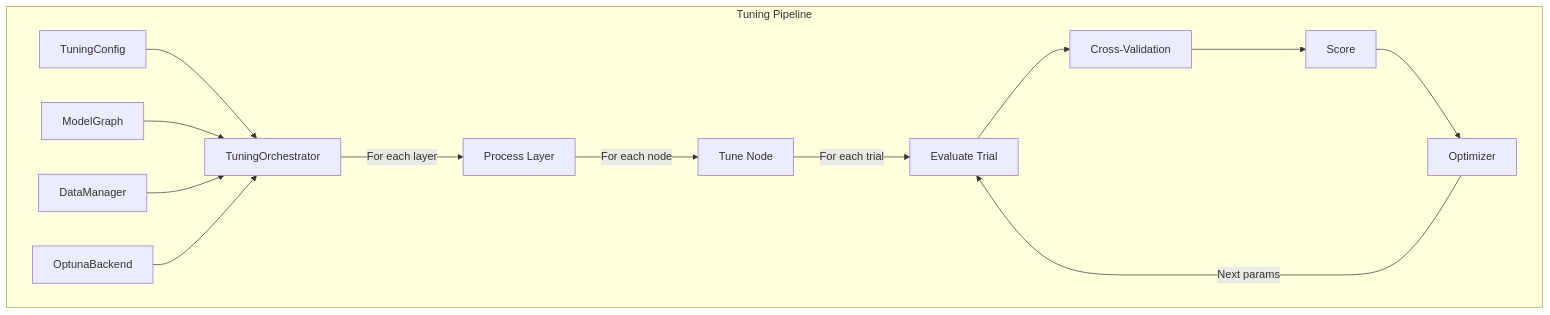
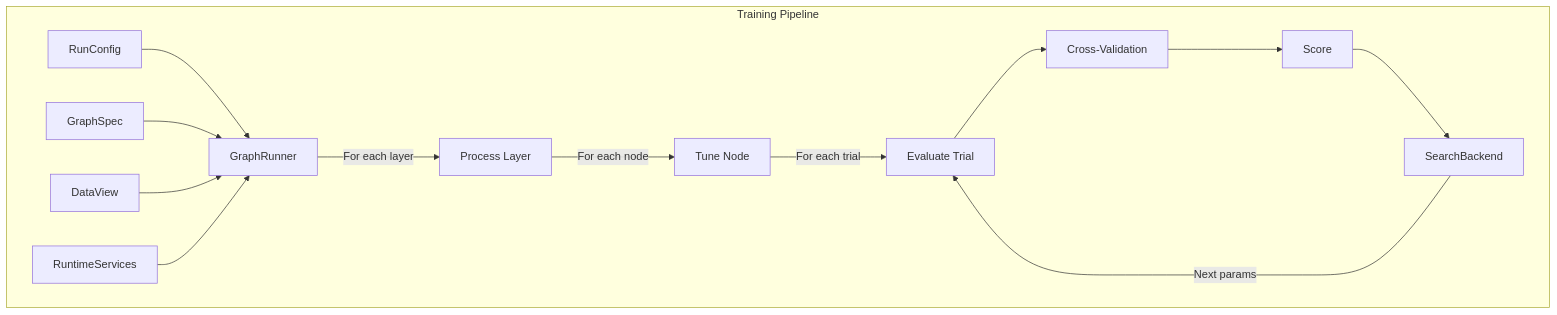
Before and after one commit to caldred/auto-sklearn: the first of 3 diagrams in docs/tuning.md, drawn with Mermaid. The commit also changed other lines of this file and 123 other files, not shown here.

````diff
--- a/docs/tuning.md
+++ b/docs/tuning.md
@@ -9,18 +9,18 @@
 ```mermaid
 graph TB
-    subgraph "Tuning Pipeline"
-        TC[TuningConfig] --> TO[TuningOrchestrator]
-        MG[ModelGraph] --> TO
-        DM[DataManager] --> TO
-        SB[OptunaBackend] --> TO
+    subgraph "Training Pipeline"
+        RC[RunConfig] --> GR[GraphRunner]
+        GS[GraphSpec] --> GR
+        DV[DataView] --> GR
+        RS[RuntimeServices] --> GR
 
-        TO --> |For each layer| L[Process Layer]
+        GR --> |For each layer| L[Process Layer]
         L --> |For each node| N[Tune Node]
         N --> |For each trial| T[Evaluate Trial]
 
         T --> CV[Cross-Validation]
         CV --> S[Score]
-        S --> OPT[Optimizer]
+        S --> OPT[SearchBackend]
         OPT --> |Next params| T
     end
 ```
````
